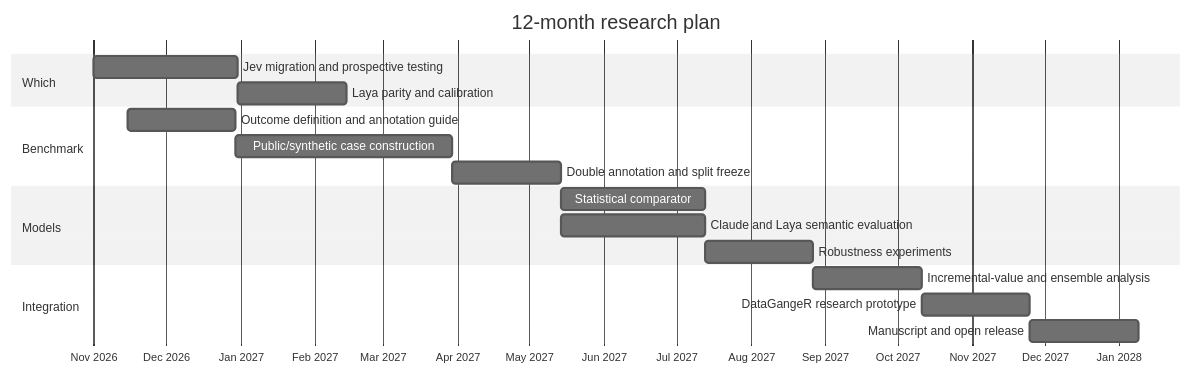
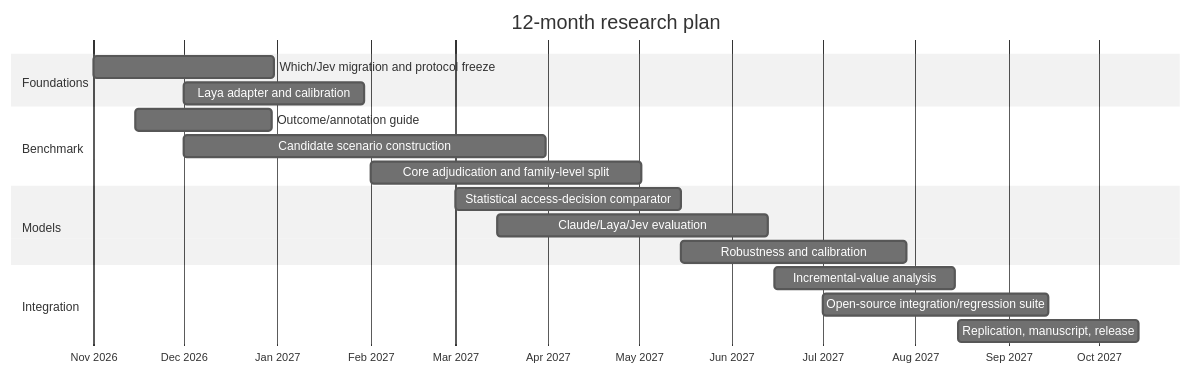
The fifth of 6 diagrams in docs/grants/2026-09-dsi-anthropic-ai-privacy-firewall-proposal.md (lennon-li/which), drawn with Mermaid (neutral theme) before and after one commit. The commit also changed other lines of this file, not shown here.

```diff
--- a/docs/grants/2026-09-dsi-anthropic-ai-privacy-firewall-proposal.md
+++ b/docs/grants/2026-09-dsi-anthropic-ai-privacy-firewall-proposal.md
@@ -487,25 +491,25 @@
 ~~~mermaid
 gantt
     title 12-month research plan
     dateFormat  YYYY-MM-DD
     axisFormat  %b %Y
 
-    section Which
-    Jev migration and prospective testing :a1, 2026-11-01, 60d
-    Laya parity and calibration            :a2, after a1, 45d
+    section Foundations
+    Which/Jev migration and protocol freeze     :a1, 2026-11-01, 60d
+    Laya adapter and calibration                :a2, 2026-12-01, 60d
 
     section Benchmark
-    Outcome definition and annotation guide :b1, 2026-11-15, 45d
-    Public/synthetic case construction       :b2, after b1, 90d
-    Double annotation and split freeze       :b3, after b2, 45d
+    Outcome/annotation guide                    :b1, 2026-11-15, 45d
+    Candidate scenario construction             :b2, 2026-12-01, 120d
+    Core adjudication and family-level split    :b3, 2027-02-01, 90d
 
     section Models
-    Statistical comparator                 :c1, after b3, 60d
-    Claude and Laya semantic evaluation    :c2, after b3, 60d
-    Robustness experiments                 :c3, after c2, 45d
+    Statistical access-decision comparator      :c1, 2027-03-01, 75d
+    Claude/Laya/Jev evaluation                  :c2, 2027-03-15, 90d
+    Robustness and calibration                  :c3, 2027-05-15, 75d
 
     section Integration
-    Incremental-value and ensemble analysis :d1, after c3, 45d
-    DataGangeR research prototype           :d2, after d1, 45d
-    Manuscript and open release             :d3, after d2, 45d
+    Incremental-value analysis                  :d1, 2027-06-15, 60d
+    Open-source integration/regression suite    :d2, 2027-07-01, 75d
+    Replication, manuscript, release            :d3, 2027-08-15, 60d
 ~~~
```
